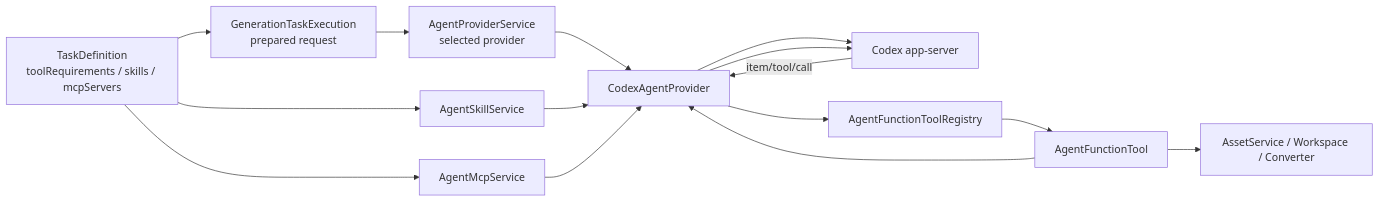
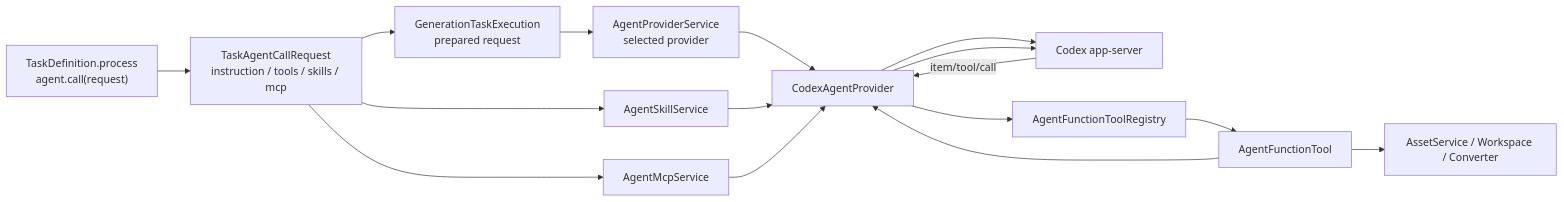
One commit to wu-tian807/learning-companion changed the diagram in docs/superpowers/specs/2026-08-07-agent-function-tools-and-skills-design.md. Above: the diagram before and after it, drawn with Mermaid. The commit also changed other lines of this file and 28 other files, not shown here.

Commit message:
refactor(generation): configure agent turns per call

````diff
--- a/docs/superpowers/specs/2026-08-07-agent-function-tools-and-skills-design.md
+++ b/docs/superpowers/specs/2026-08-07-agent-function-tools-and-skills-design.md
@@ -54,20 +54,21 @@
 ```mermaid
 flowchart LR
-    DEFINITION["TaskDefinition<br/>toolRequirements / skills / mcpServers"]
+    DEFINITION["TaskDefinition.process<br/>agent.call(request)"]
+    REQUEST["TaskAgentCallRequest<br/>instruction / tools / skills / mcp"]
     TASK["GenerationTaskExecution<br/>prepared request"]
     PROVIDERS["AgentProviderService<br/>selected provider"]
     CODEX["CodexAgentProvider"]
     SERVER["Codex app-server"]
     REGISTRY["AgentFunctionToolRegistry"]
     SKILLS["AgentSkillService"]
     MCP["AgentMcpService"]
     TOOL["AgentFunctionTool"]
     SERVICE["AssetService / Workspace / Converter"]
 
-    DEFINITION --> TASK --> PROVIDERS --> CODEX --> SERVER
-    DEFINITION --> SKILLS --> CODEX
-    DEFINITION --> MCP --> CODEX
+    DEFINITION --> REQUEST --> TASK --> PROVIDERS --> CODEX --> SERVER
+    REQUEST --> SKILLS --> CODEX
+    REQUEST --> MCP --> CODEX
     SERVER -- "item/tool/call" --> CODEX
     CODEX --> REGISTRY --> TOOL --> SERVICE
     TOOL --> CODEX --> SERVER
 ```
````
